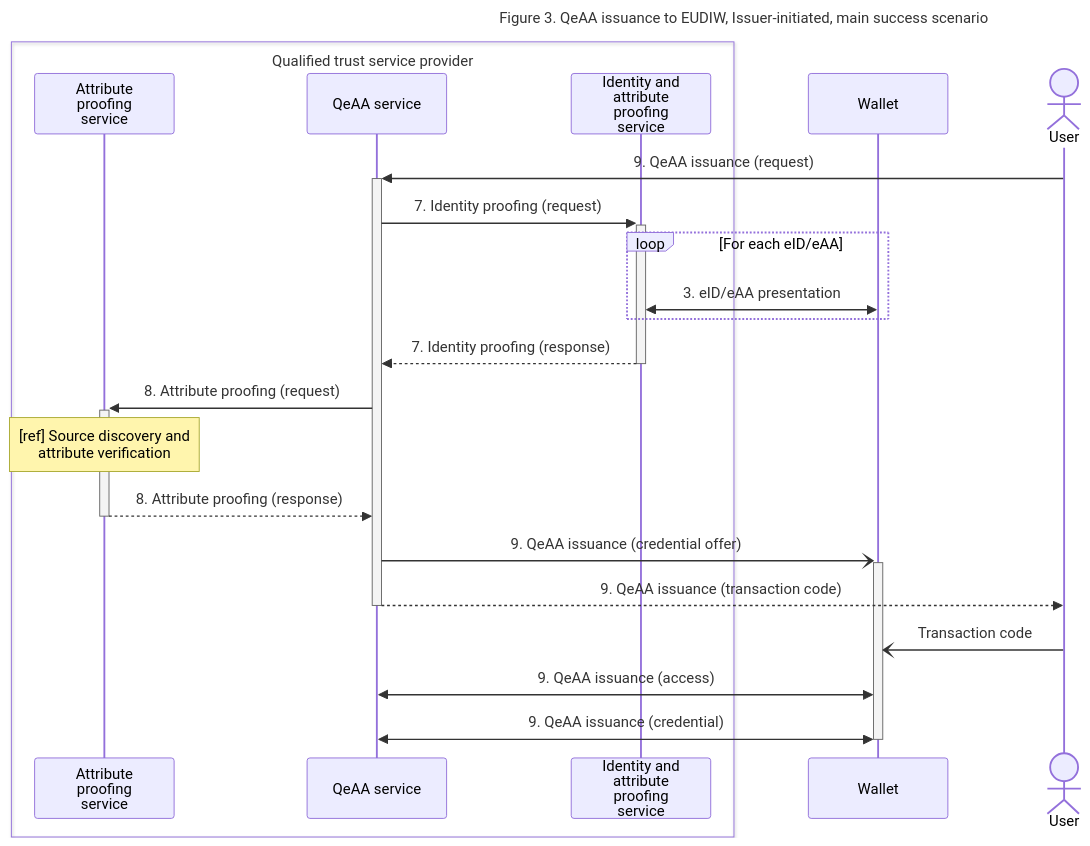
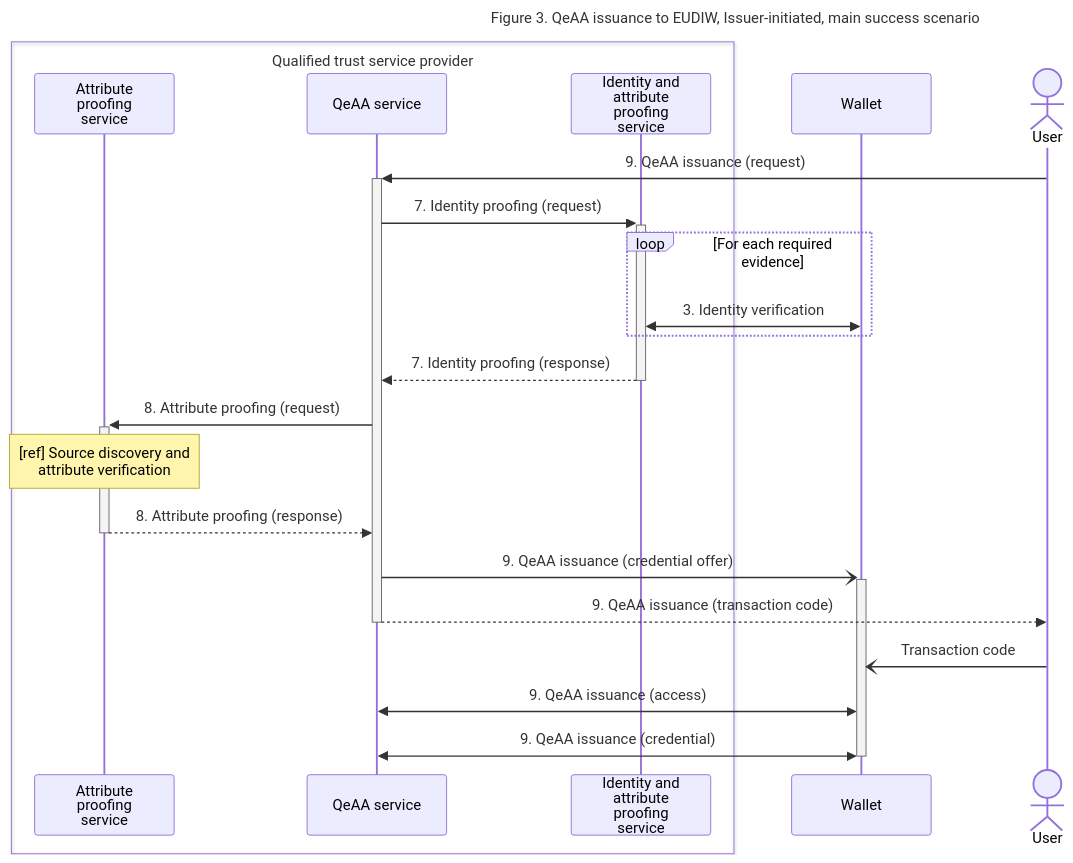
The third of 4 diagrams in docs/qeaa/architecture.md (webuild-consortium/wp4-qtsp-group), drawn with Mermaid before and after one commit. The commit also changed other lines of this file, not shown here.

````diff
--- a/docs/qeaa/architecture.md
+++ b/docs/qeaa/architecture.md
@@ -161,27 +167,27 @@
 ```mermaid
 ---
 title: Figure 3. QeAA issuance to EUDIW, Issuer-initiated, main success scenario
 ---
 sequenceDiagram
 box Qualified trust service provider
     participant APS as Attribute<br>proofing<br>service
     participant EAAS as QeAA service
     participant IPS as Identity and<br>attribute<br>proofing<br>service
 end
 participant Wallet
 actor User
 User ->>+ EAAS : 9. QeAA issuance (request)
 EAAS ->>+ IPS : 7. Identity proofing (request)
-loop For each eID/eAA
-    IPS <<->> Wallet : 3. eID/eAA presentation
+loop For each required evidence
+    IPS <<->> Wallet : 3. Identity verification
 end
 IPS -->>- EAAS : 7. Identity proofing (response)
 EAAS ->>+ APS : 8. Attribute proofing (request)
 note over APS : [ref] Source discovery and<br>attribute verification
 APS -->>- EAAS : 8. Attribute proofing (response)
 EAAS -)+ Wallet : 9. QeAA issuance (credential offer)
 EAAS -->>- User : 9. QeAA issuance (transaction code)
 User -) Wallet : Transaction code
 Wallet <<->> EAAS : 9. QeAA issuance (access)
 Wallet <<->>- EAAS : 9. QeAA issuance (credential)
 ```
````
